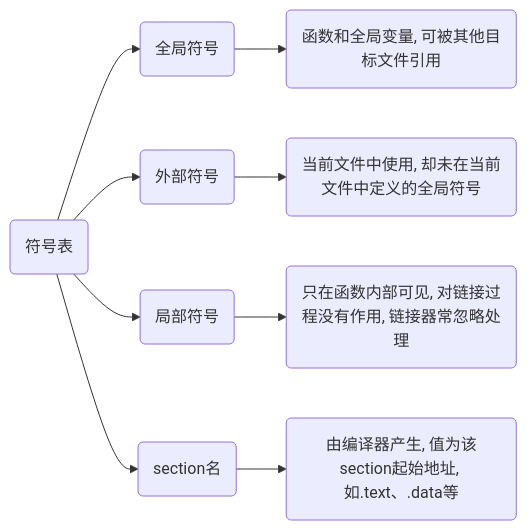
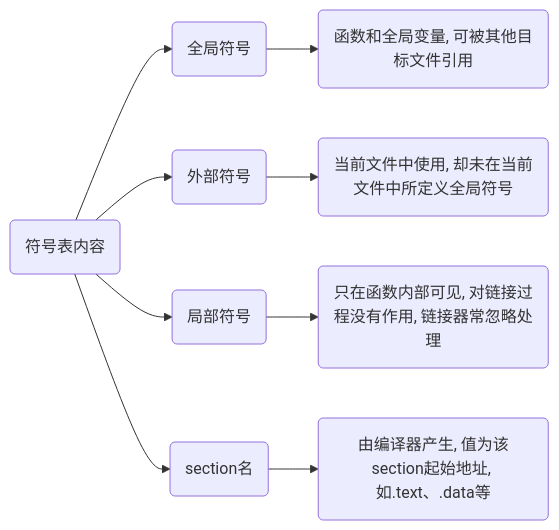
Before and after one commit to dmjcb/dmjcb.github.io: the fifth of 7 diagrams in _posts/language/c_c++/compile/2021-06-15-编译过程.md, drawn with Mermaid. The commit also changed other lines of this file and 50 other files, not shown here.

````diff
--- a/_posts/language/c_c++/compile/2021-06-15-编译过程.md
+++ b/_posts/language/c_c++/compile/2021-06-15-编译过程.md
@@ -382,8 +328,8 @@
 ```mermaid
 graph LR;
-    A(符号表)
+    A(符号表内容)
     A-->B(全局符号)-->B1(函数和全局变量, 可被其他目标文件引用)
-    A-->C(外部符号)-->C1(当前文件中使用, 却未在当前文件中定义的全局符号)
+    A-->C(外部符号)-->C1(当前文件中使用, 却未在当前文件中所定义全局符号)
     A-->D(局部符号)-->D1(只在函数内部可见, 对链接过程没有作用, 链接器常忽略处理)
     A-->E(section名)-->E1(由编译器产生, 值为该section起始地址, 如.text、.data等)
 ```
````
